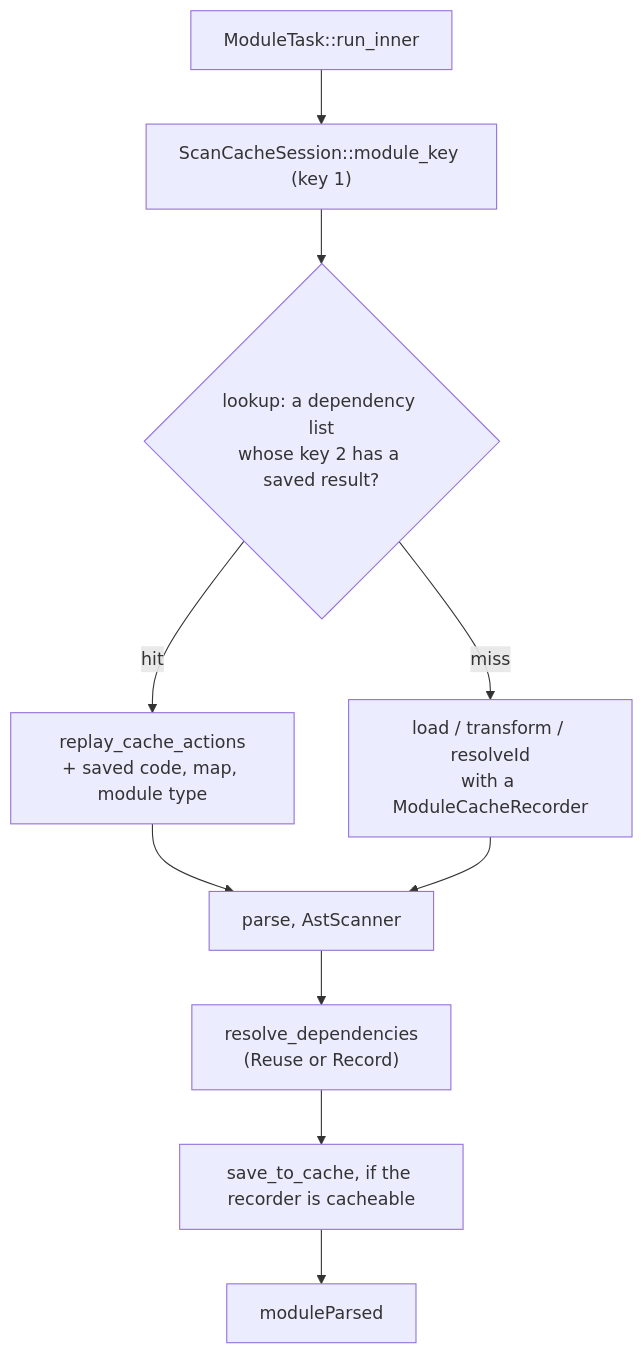
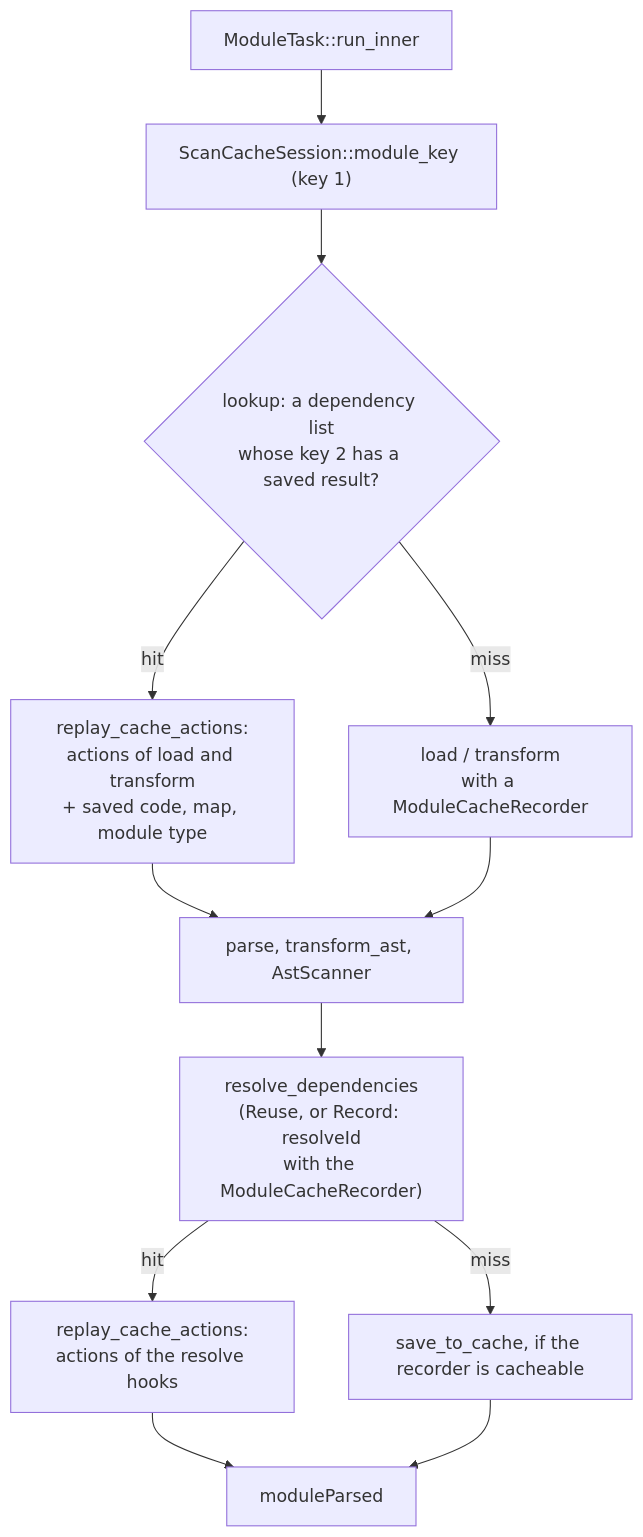
Before and after one commit to rolldown/rolldown: the first of 5 diagrams in internal-docs/persistent-cache/implementation.md, drawn with Mermaid. The commit also changed other lines of this file and 54 other files, not shown here.

Commit message:
feat: save the meta and moduleSideEffects of plugins in the persistent cache

````diff
--- a/internal-docs/persistent-cache/implementation.md
+++ b/internal-docs/persistent-cache/implementation.md
@@ -19,12 +19,14 @@
 ```mermaid
 flowchart TD
   T["ModuleTask::run_inner"] --> K["ScanCacheSession::module_key (key 1)"]
   K --> L{"lookup: a dependency list<br/>whose key 2 has a saved result?"}
-  L -- "hit" --> R["replay_cache_actions<br/>+ saved code, map, module type"]
-  L -- "miss" --> H["load / transform / resolveId<br/>with a ModuleCacheRecorder"]
-  R --> P["parse, AstScanner"]
+  L -- "hit" --> R["replay_cache_actions:<br/>actions of load and transform<br/>+ saved code, map, module type"]
+  L -- "miss" --> H["load / transform<br/>with a ModuleCacheRecorder"]
+  R --> P["parse, transform_ast, AstScanner"]
   H --> P
-  P --> D["resolve_dependencies<br/>(Reuse or Record)"]
-  D --> S["save_to_cache, if the recorder is cacheable"]
-  S --> M["moduleParsed"]
+  P --> D["resolve_dependencies<br/>(Reuse, or Record: resolveId<br/>with the ModuleCacheRecorder)"]
+  D -- "hit" --> R2["replay_cache_actions:<br/>actions of the resolve hooks"]
+  D -- "miss" --> S["save_to_cache, if the recorder is cacheable"]
+  R2 --> M["moduleParsed"]
+  S --> M
 ```
````
